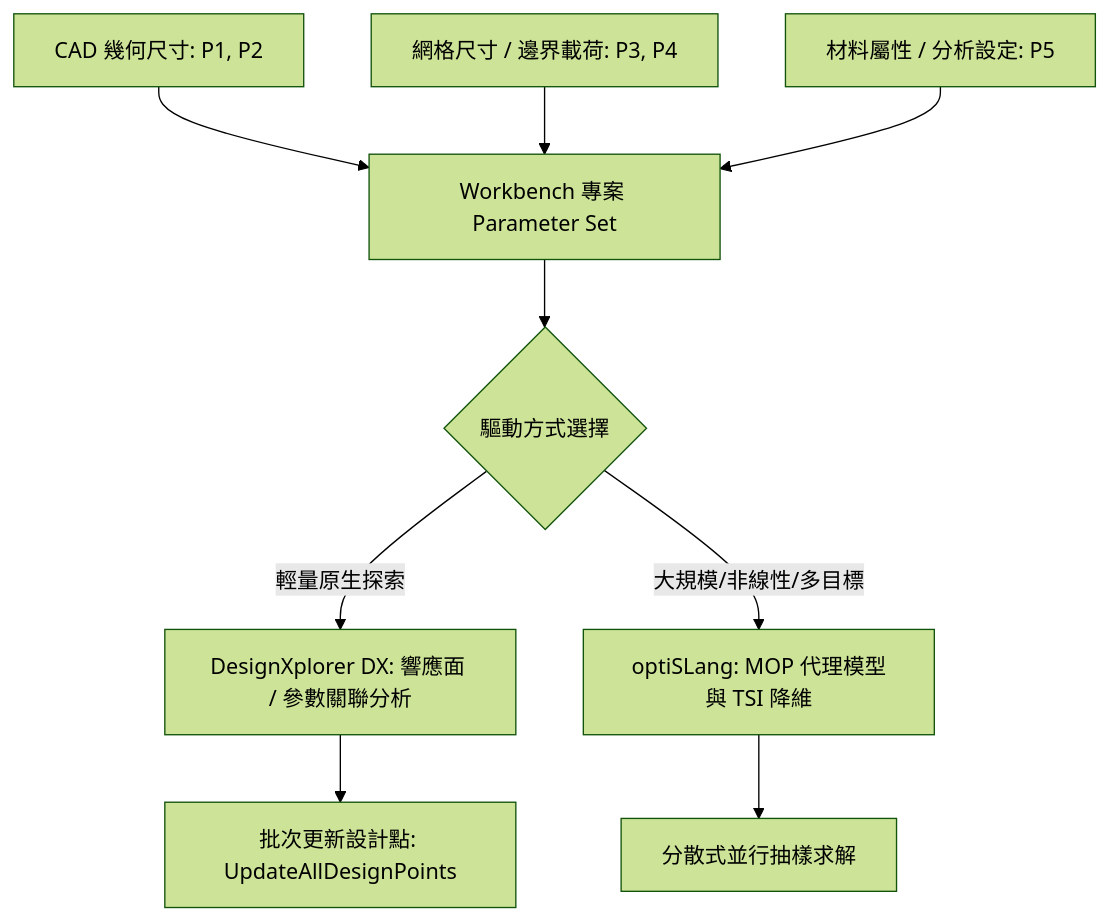
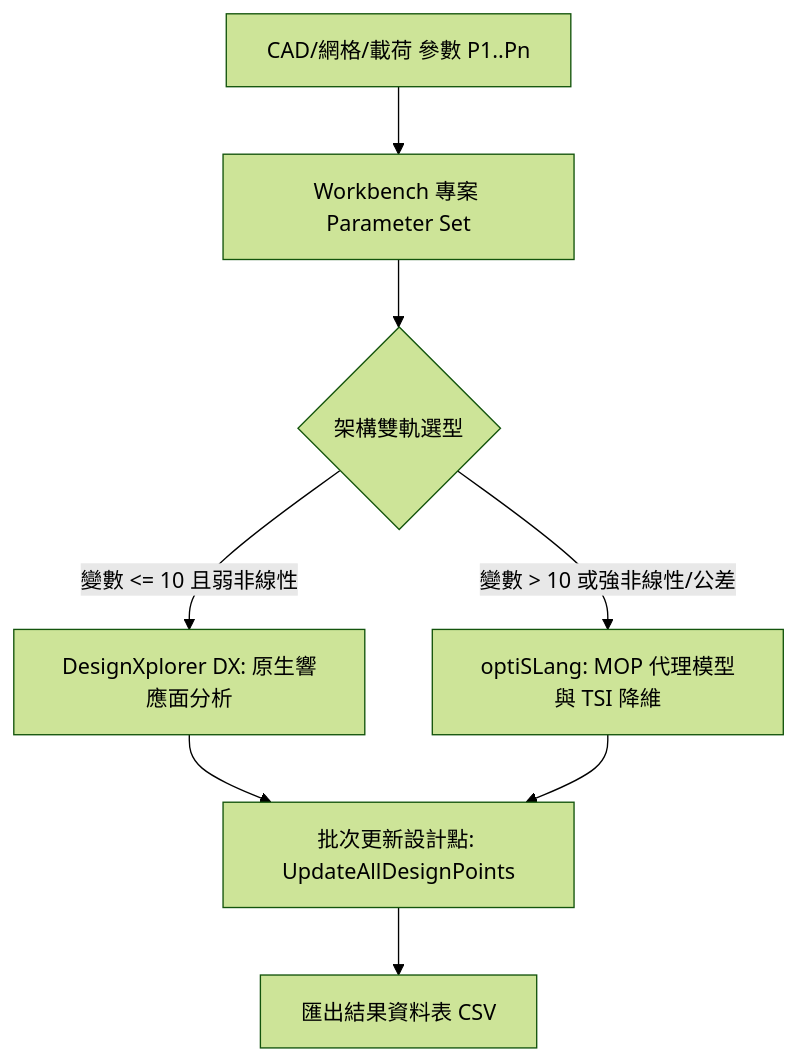
Before and after one commit to ikaros0902/ansys-unified-mcp: the diagram in SKILLs/ansys-parametric-study/SKILL.md, drawn with Mermaid (forest theme). The commit also changed other lines of this file and 51 other files, not shown here.

````diff
--- a/SKILLs/ansys-parametric-study/SKILL.md
+++ b/SKILLs/ansys-parametric-study/SKILL.md
@@ -22,11 +18,10 @@
 ```mermaid
 flowchart TD
-    A[CAD 幾何尺寸: P1, P2] --> D[Workbench 專案 Parameter Set]
-    B[網格尺寸 / 邊界載荷: P3, P4] --> D
-    C[材料屬性 / 分析設定: P5] --> D
-    D --> E{驅動方式選擇}
-    E -->|輕量原生探索| F[DesignXplorer DX: 響應面 / 參數關聯分析]
-    E -->|大規模/非線性/多目標| G[optiSLang: MOP 代理模型與 TSI 降維]
-    F --> H[批次更新設計點: UpdateAllDesignPoints]
-    G --> I[分散式並行抽樣求解]
+    A[CAD/網格/載荷 參數 P1..Pn] --> B[Workbench 專案 Parameter Set]
+    B --> C{架構雙軌選型}
+    C -->|變數 <= 10 且弱非線性| D[DesignXplorer DX: 原生響應面分析]
+    C -->|變數 > 10 或強非線性/公差| E[optiSLang: MOP 代理模型與 TSI 降維]
+    D --> F[批次更新設計點: UpdateAllDesignPoints]
+    E --> F
+    F --> G[匯出結果資料表 CSV]
 ```
````
